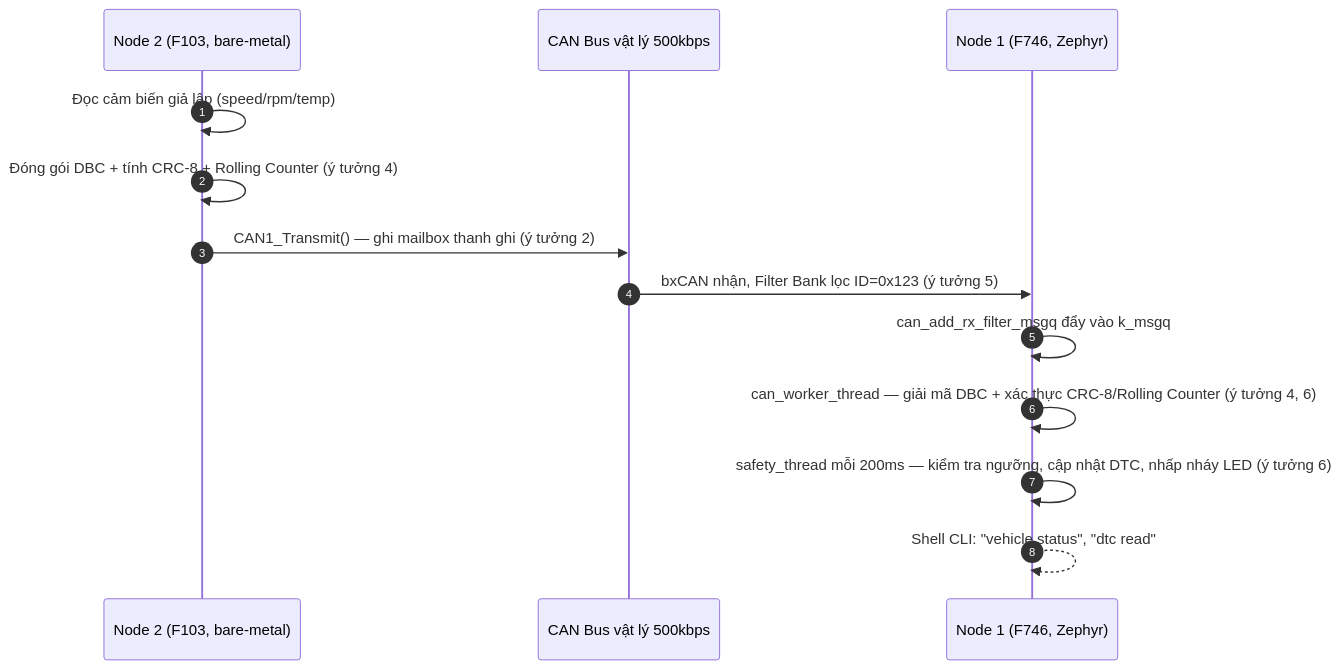
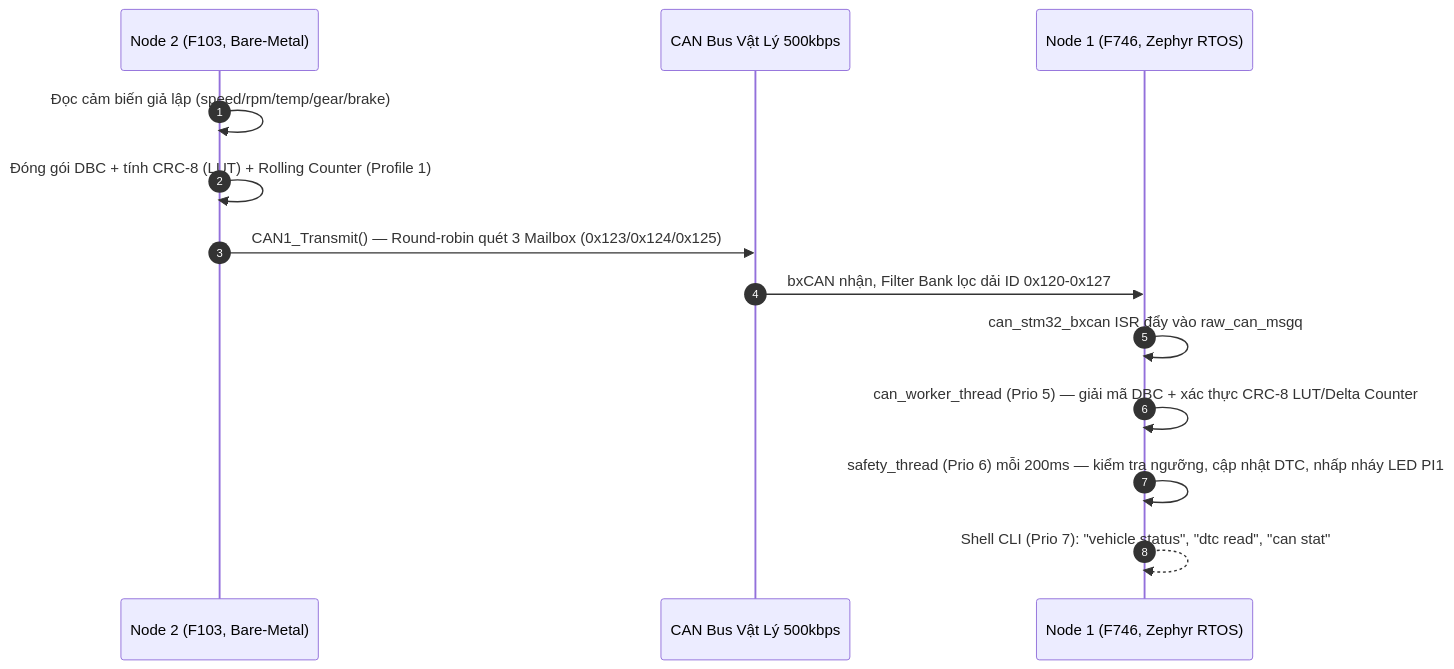
The first of 4 diagrams in project1_can_gateway_interview.md (HuynhTran112/source), drawn with Mermaid before and after one commit. The commit also changed other lines of this file, not shown here.

````diff
--- a/project1_can_gateway_interview.md
+++ b/project1_can_gateway_interview.md
@@ -43,16 +43,16 @@
 ```mermaid
 sequenceDiagram
     autonumber
-    participant N2 as Node 2 (F103, bare-metal)
-    participant Bus as CAN Bus vật lý 500kbps
-    participant N1 as Node 1 (F746, Zephyr)
+    participant N2 as Node 2 (F103, Bare-Metal)
+    participant Bus as CAN Bus Vật Lý 500kbps
+    participant N1 as Node 1 (F746, Zephyr RTOS)
 
-    N2->>N2: Đọc cảm biến giả lập (speed/rpm/temp)
-    N2->>N2: Đóng gói DBC + tính CRC-8 + Rolling Counter (ý tưởng 4)
-    N2->>Bus: CAN1_Transmit() — ghi mailbox thanh ghi (ý tưởng 2)
-    Bus->>N1: bxCAN nhận, Filter Bank lọc ID=0x123 (ý tưởng 5)
-    N1->>N1: can_add_rx_filter_msgq đẩy vào k_msgq
-    N1->>N1: can_worker_thread — giải mã DBC + xác thực CRC-8/Rolling Counter (ý tưởng 4, 6)
-    N1->>N1: safety_thread mỗi 200ms — kiểm tra ngưỡng, cập nhật DTC, nhấp nháy LED (ý tưởng 6)
-    N1-->>N1: Shell CLI: "vehicle status", "dtc read"
+    N2->>N2: Đọc cảm biến giả lập (speed/rpm/temp/gear/brake)
+    N2->>N2: Đóng gói DBC + tính CRC-8 (LUT) + Rolling Counter (Profile 1)
+    N2->>Bus: CAN1_Transmit() — Round-robin quét 3 Mailbox (0x123/0x124/0x125)
+    Bus->>N1: bxCAN nhận, Filter Bank lọc dải ID 0x120-0x127
+    N1->>N1: can_stm32_bxcan ISR đẩy vào raw_can_msgq
+    N1->>N1: can_worker_thread (Prio 5) — giải mã DBC + xác thực CRC-8 LUT/Delta Counter
+    N1->>N1: safety_thread (Prio 6) mỗi 200ms — kiểm tra ngưỡng, cập nhật DTC, nhấp nháy LED PI1
+    N1-->>N1: Shell CLI (Prio 7): "vehicle status", "dtc read", "can stat"
 ```
````
